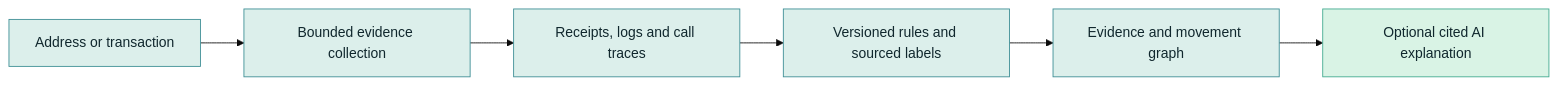
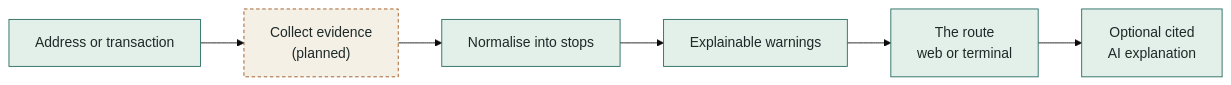
One commit to sjdsjadjajdjsa/chainsightline changed the first of 2 diagrams in README.md. Above: the diagram before and after it, drawn with Mermaid (base theme). The commit also changed other lines of this file and 9 other files, not shown here.

````diff
--- a/README.md
+++ b/README.md
@@ -29,15 +61,15 @@
 ```mermaid
 flowchart LR
-    A["Address or transaction"] --> B["Bounded evidence collection"]
-    B --> C["Receipts, logs and call traces"]
-    C --> D["Versioned rules and sourced labels"]
-    D --> E["Evidence and movement graph"]
-    E --> F["Optional cited AI explanation"]
+    A["Address or transaction"] --> B["Collect evidence<br/>(planned)"]
+    B --> C["Normalise into stops"]
+    C --> D["Explainable warnings"]
+    D --> E["The route<br/>web or terminal"]
+    E --> F["Optional cited<br/>AI explanation"]
 
-    style A fill:#dcefeb,stroke:#3c8d94,color:#10272d
-    style B fill:#dcefeb,stroke:#3c8d94,color:#10272d
-    style C fill:#dcefeb,stroke:#3c8d94,color:#10272d
-    style D fill:#dcefeb,stroke:#3c8d94,color:#10272d
-    style E fill:#dcefeb,stroke:#3c8d94,color:#10272d
-    style F fill:#d9f3e5,stroke:#41a98f,color:#10272d
+    style B fill:#f4f0e6,stroke:#9a4f17,color:#1d2928,stroke-dasharray:4 3
+    style A fill:#e3efe9,stroke:#21685c,color:#1d2928
+    style C fill:#e3efe9,stroke:#21685c,color:#1d2928
+    style D fill:#e3efe9,stroke:#21685c,color:#1d2928
+    style E fill:#e3efe9,stroke:#21685c,color:#1d2928
+    style F fill:#e3efe9,stroke:#21685c,color:#1d2928
 ```
````
